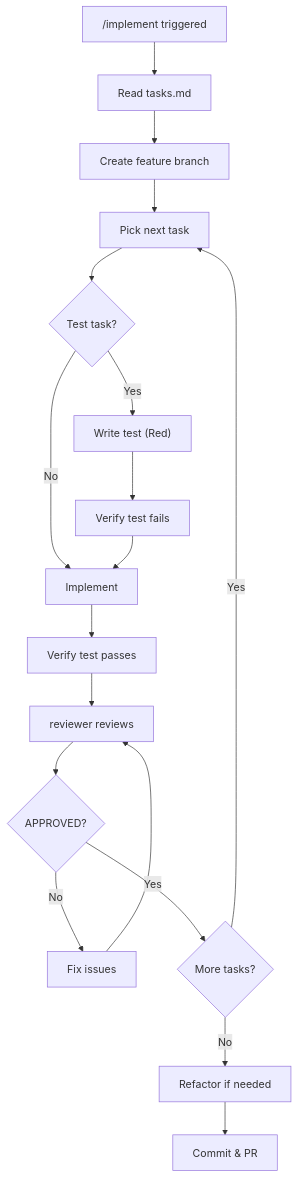
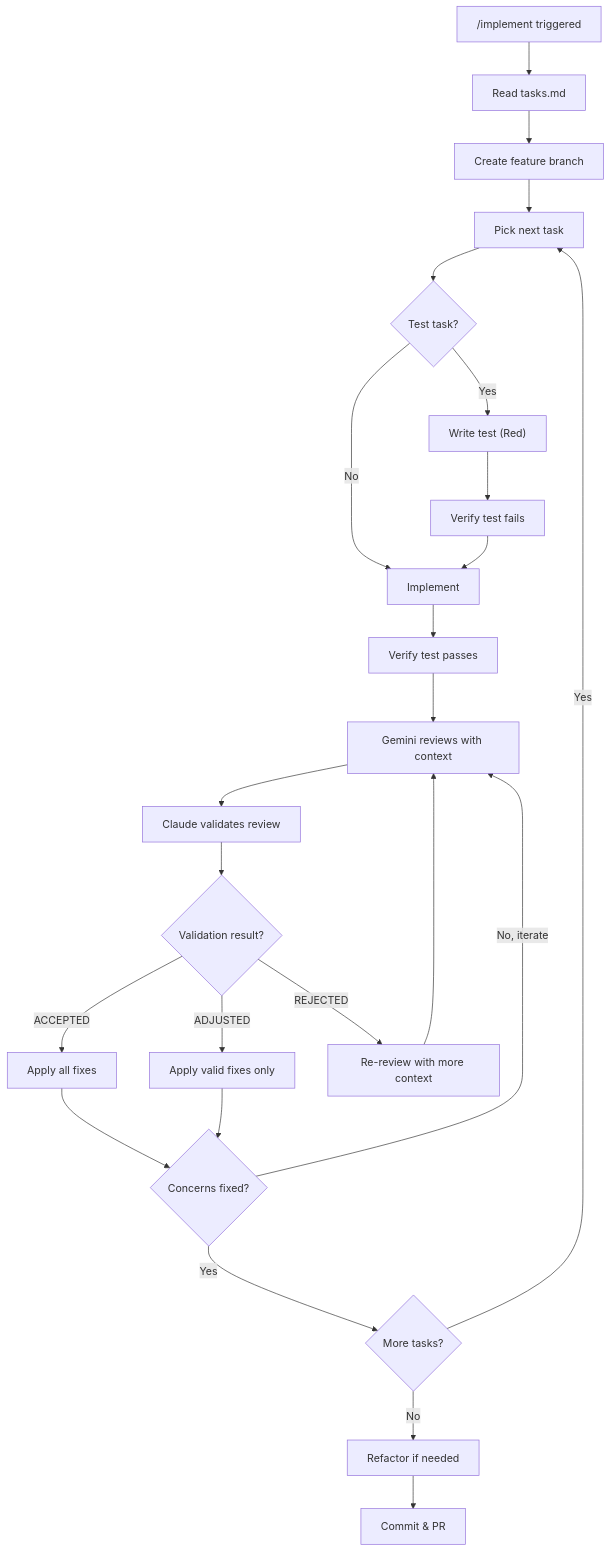
Before and after one commit to ksterx/claude-code-configs: the first of 2 diagrams in commands/implement.md, drawn with Mermaid. The commit also changed other lines of this file and 8 other files, not shown here.

````diff
--- a/commands/implement.md
+++ b/commands/implement.md
@@ -20,20 +20,26 @@
 ```mermaid
 graph TD
     A["/implement triggered"] --> B["Read tasks.md"]
     B --> C["Create feature branch"]
     C --> D["Pick next task"]
     D --> E{Test task?}
     E -->|Yes| F["Write test (Red)"]
     E -->|No| G["Implement"]
     F --> H["Verify test fails"]
     H --> G
     G --> I["Verify test passes"]
-    I --> J["reviewer reviews"]
-    J --> K{APPROVED?}
-    K -->|No| L["Fix issues"]
-    L --> J
-    K -->|Yes| M{More tasks?}
+    I --> J["Gemini reviews with context"]
+    J --> J1["Claude validates review"]
+    J1 --> J2{Validation result?}
+    J2 -->|ACCEPTED| K["Apply all fixes"]
+    J2 -->|ADJUSTED| K2["Apply valid fixes only"]
+    J2 -->|REJECTED| K3["Re-review with more context"]
+    K --> L{Concerns fixed?}
+    K2 --> L
+    K3 --> J
+    L -->|Yes| M{More tasks?}
+    L -->|No, iterate| J
     M -->|Yes| D
     M -->|No| N["Refactor if needed"]
     N --> O["Commit & PR"]
 ```
````
